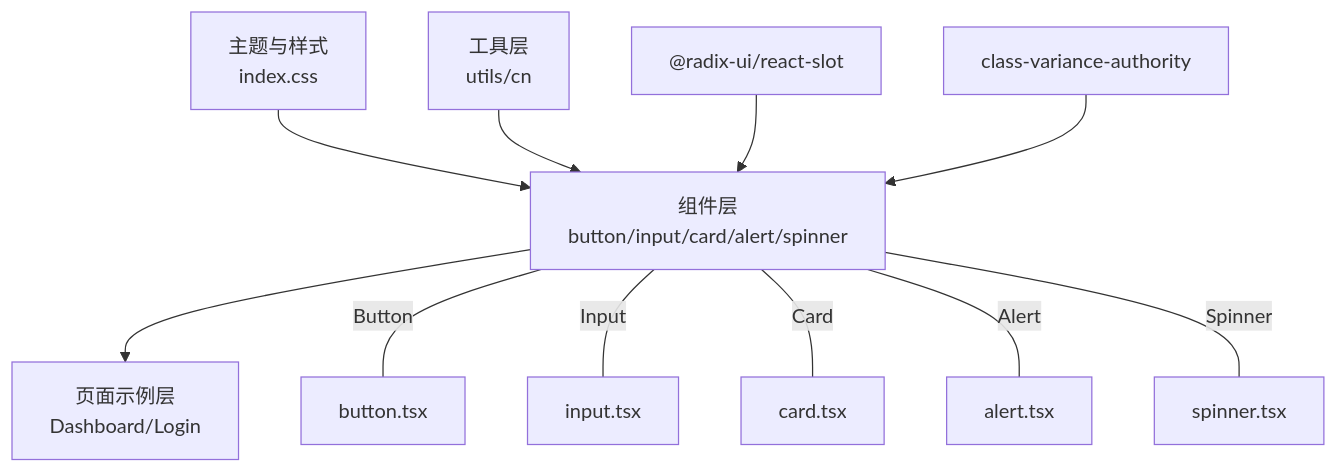
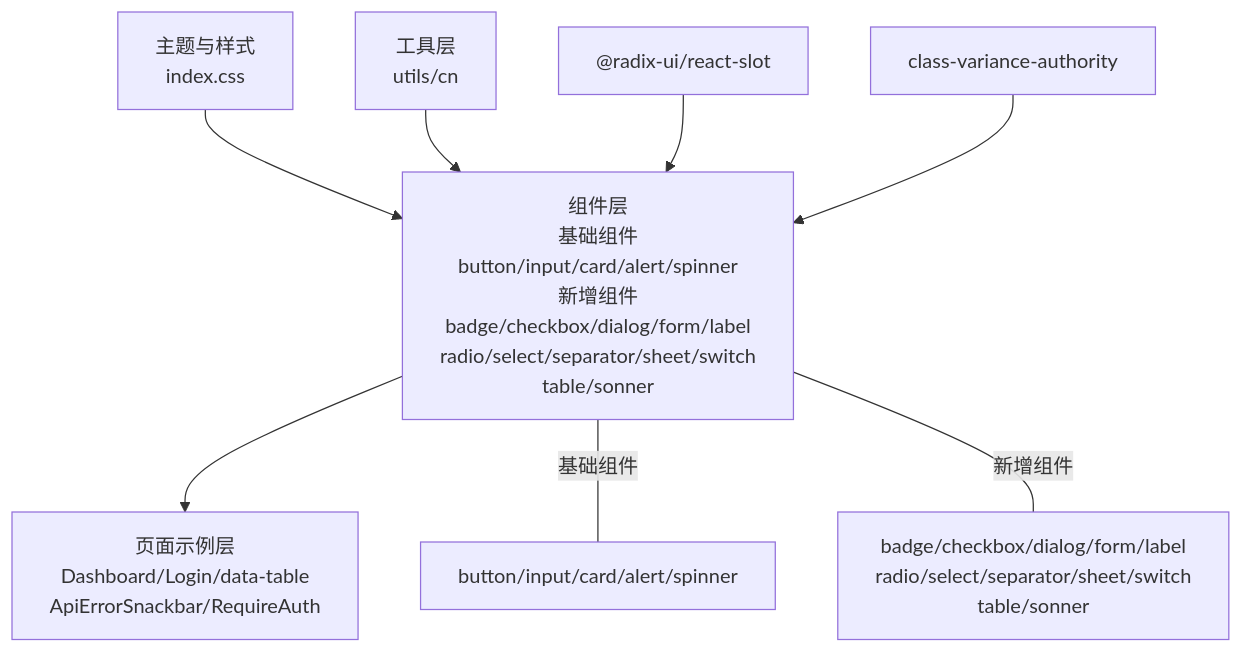
One commit to translateServers/nodes-stack changed the second of 9 diagrams in .qoder/repowiki/zh/content/前端系统/UI 组件库/UI 组件库.md. Above: the diagram before and after it, drawn with Mermaid. The commit also changed other lines of this file and 8 other files, not shown here.

````diff
--- a/.qoder/repowiki/zh/content/前端系统/UI 组件库/UI 组件库.md
+++ b/.qoder/repowiki/zh/content/前端系统/UI 组件库/UI 组件库.md
@@ -147,13 +316,10 @@
 ```mermaid
 graph TB
-THEME["主题与样式<br/>index.css"] --> LAYER1["组件层<br/>button/input/card/alert/spinner"]
+THEME["主题与样式<br/>index.css"] --> LAYER1["组件层<br/>基础组件<br/>button/input/card/alert/spinner<br/>新增组件<br/>badge/checkbox/dialog/form/label<br/>radio/select/separator/sheet/switch<br/>table/sonner"]
 UTIL["工具层<br/>utils/cn"] --> LAYER1
 RADIX["@radix-ui/react-slot"] --> LAYER1
 CVAVA["class-variance-authority"] --> LAYER1
-LAYER1 --> PAGES["页面示例层<br/>Dashboard/Login"]
-LAYER1 ---|"Button"| BTN["button.tsx"]
-LAYER1 ---|"Input"| INP["input.tsx"]
-LAYER1 ---|"Card"| CARD["card.tsx"]
-LAYER1 ---|"Alert"| ALERT["alert.tsx"]
-LAYER1 ---|"Spinner"| SPIN["spinner.tsx"]
+LAYER1 --> PAGES["页面示例层<br/>Dashboard/Login/data-table<br/>ApiErrorSnackbar/RequireAuth"]
+LAYER1 ---|"基础组件"| BASE["button/input/card/alert/spinner"]
+LAYER1 ---|"新增组件"| NEW["badge/checkbox/dialog/form/label<br/>radio/select/separator/sheet/switch<br/>table/sonner"]
 ```
````
